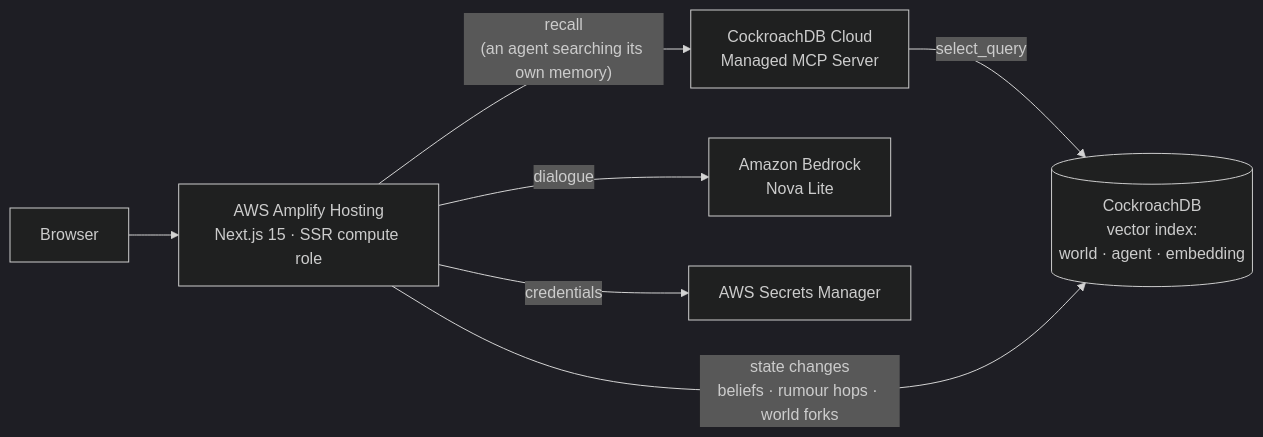
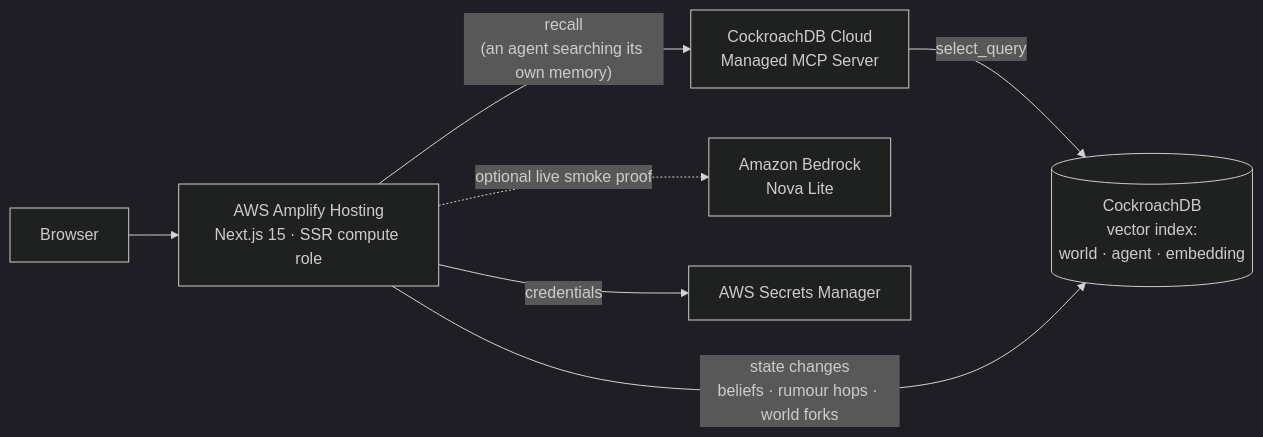
One commit to stmega99-jpg/rumor-memory-village changed the diagram in README.md. Above: the diagram before and after it, drawn with Mermaid (dark theme). The commit also changed other lines of this file and 36 other files, not shown here.

````diff
--- a/README.md
+++ b/README.md
@@ -80,12 +84,12 @@
 ```mermaid
 flowchart LR
   B["Browser"] --> A["AWS Amplify Hosting<br/>Next.js 15 · SSR compute role"]
 
   A -- "recall<br/>(an agent searching its own memory)" --> M["CockroachDB Cloud<br/>Managed MCP Server"]
   M -- "select_query" --> C[("CockroachDB<br/>vector index:<br/>world · agent · embedding")]
 
   A -- "state changes<br/>beliefs · rumour hops · world forks" --> C
 
-  A -- "dialogue" --> BR["Amazon Bedrock<br/>Nova Lite"]
+  A -. "optional live smoke proof" .-> BR["Amazon Bedrock<br/>Nova Lite"]
   A -- "credentials" --> S["AWS Secrets Manager"]
 ```
````
